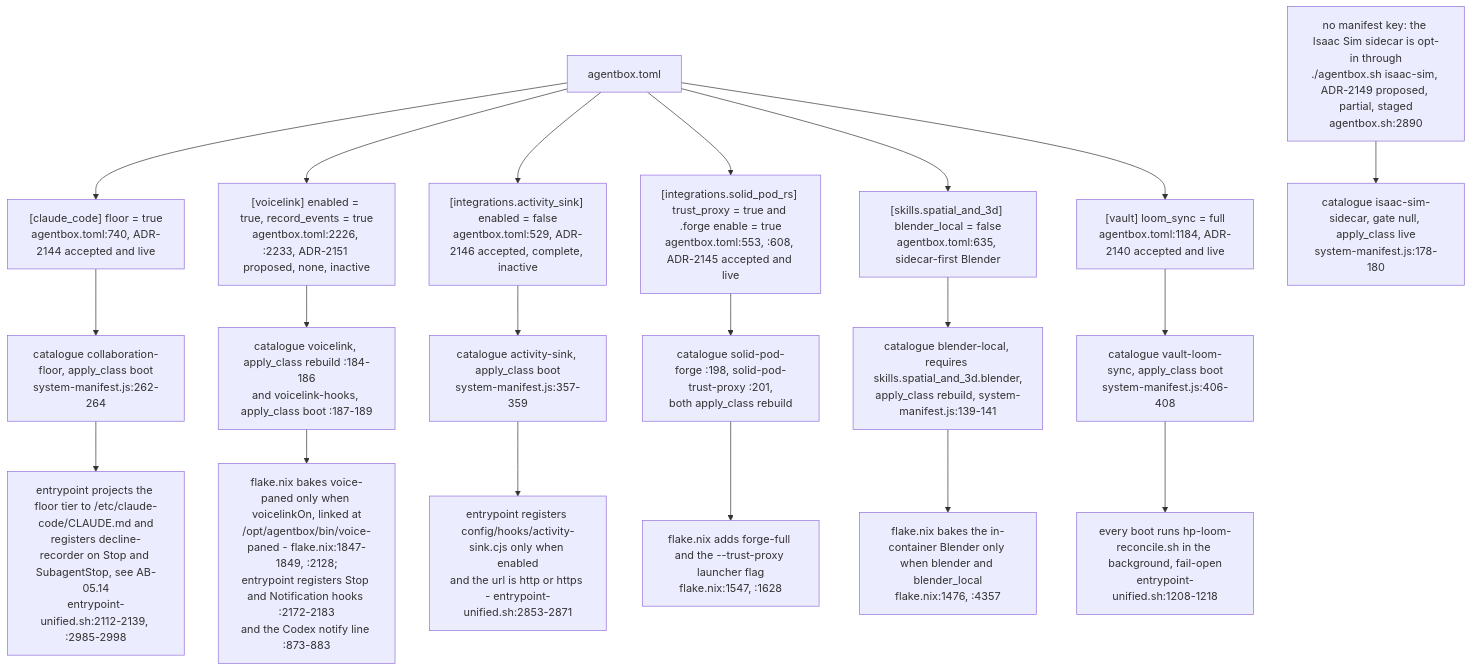
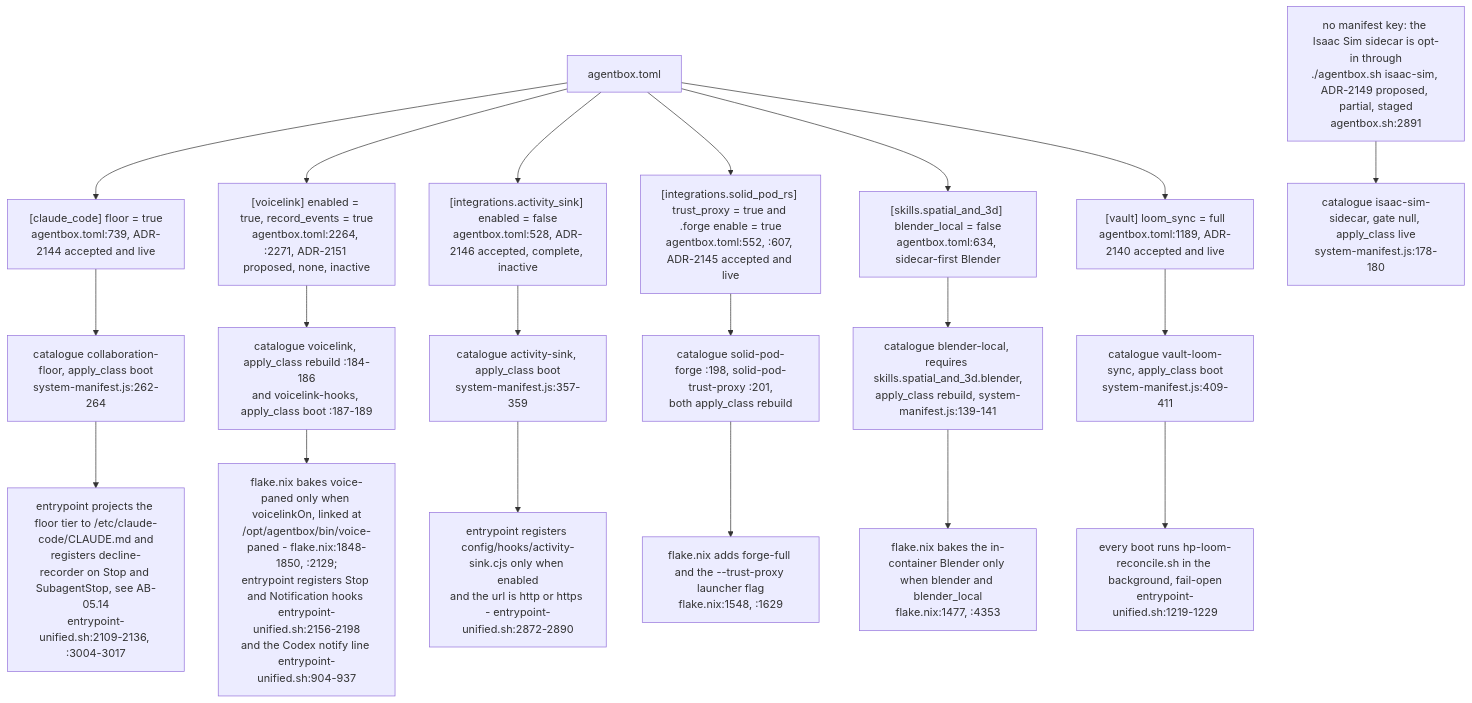
Before and after one commit to DreamLab-AI/VisionFlow: diagram 16 of 16 in docs/diagrams/agentbox/05-manifest-gates-and-cli.md, drawn with Mermaid. The commit also changed other lines of this file and 173 other files, not shown here.

First line of the commit message:
docs(audit): estate audit wave 3, agentbox and VisionClaw; ledger complete

````diff
--- a/docs/diagrams/agentbox/05-manifest-gates-and-cli.md
+++ b/docs/diagrams/agentbox/05-manifest-gates-and-cli.md
@@ -583,26 +587,26 @@
 ```mermaid
 flowchart TB
     TOML["agentbox.toml"]
-    TOML --> G1["[claude_code] floor = true<br/>agentbox.toml:740, ADR-2144 accepted and live"]
-    TOML --> G2["[voicelink] enabled = true, record_events = true<br/>agentbox.toml:2226, :2233, ADR-2151 proposed, none, inactive"]
-    TOML --> G3["[integrations.activity_sink] enabled = false<br/>agentbox.toml:529, ADR-2146 accepted, complete, inactive"]
-    TOML --> G4["[integrations.solid_pod_rs] trust_proxy = true and .forge enable = true<br/>agentbox.toml:553, :608, ADR-2145 accepted and live"]
-    TOML --> G5["[skills.spatial_and_3d] blender_local = false<br/>agentbox.toml:635, sidecar-first Blender"]
-    TOML --> G6["[vault] loom_sync = full<br/>agentbox.toml:1184, ADR-2140 accepted and live"]
-    NOKEY["no manifest key: the Isaac Sim sidecar is opt-in through<br/>./agentbox.sh isaac-sim, ADR-2149 proposed, partial, staged<br/>agentbox.sh:2890"]
+    TOML --> G1["[claude_code] floor = true<br/>agentbox.toml:739, ADR-2144 accepted and live"]
+    TOML --> G2["[voicelink] enabled = true, record_events = true<br/>agentbox.toml:2264, :2271, ADR-2151 proposed, none, inactive"]
+    TOML --> G3["[integrations.activity_sink] enabled = false<br/>agentbox.toml:528, ADR-2146 accepted, complete, inactive"]
+    TOML --> G4["[integrations.solid_pod_rs] trust_proxy = true and .forge enable = true<br/>agentbox.toml:552, :607, ADR-2145 accepted and live"]
+    TOML --> G5["[skills.spatial_and_3d] blender_local = false<br/>agentbox.toml:634, sidecar-first Blender"]
+    TOML --> G6["[vault] loom_sync = full<br/>agentbox.toml:1189, ADR-2140 accepted and live"]
+    NOKEY["no manifest key: the Isaac Sim sidecar is opt-in through<br/>./agentbox.sh isaac-sim, ADR-2149 proposed, partial, staged<br/>agentbox.sh:2891"]
 
     G1 --> C1["catalogue collaboration-floor, apply_class boot<br/>system-manifest.js:262-264"]
     G2 --> C2["catalogue voicelink, apply_class rebuild :184-186<br/>and voicelink-hooks, apply_class boot :187-189"]
     G3 --> C3["catalogue activity-sink, apply_class boot<br/>system-manifest.js:357-359"]
     G4 --> C4["catalogue solid-pod-forge :198, solid-pod-trust-proxy :201,<br/>both apply_class rebuild"]
     G5 --> C5["catalogue blender-local, requires skills.spatial_and_3d.blender,<br/>apply_class rebuild, system-manifest.js:139-141"]
-    G6 --> C6["catalogue vault-loom-sync, apply_class boot<br/>system-manifest.js:406-408"]
+    G6 --> C6["catalogue vault-loom-sync, apply_class boot<br/>system-manifest.js:409-411"]
     NOKEY --> C7["catalogue isaac-sim-sidecar, gate null, apply_class live<br/>system-manifest.js:178-180"]
 
-    C1 --> B1["entrypoint projects the floor tier to /etc/claude-code/CLAUDE.md and<br/>registers decline-recorder on Stop and SubagentStop, see AB-05.14<br/>entrypoint-unified.sh:2112-2139, :2985-2998"]
-    C2 --> B2["flake.nix bakes voice-paned only when voicelinkOn, linked at<br/>/opt/agentbox/bin/voice-paned - flake.nix:1847-1849, :2128;<br/>entrypoint registers Stop and Notification hooks :2172-2183<br/>and the Codex notify line :873-883"]
-    C3 --> B3["entrypoint registers config/hooks/activity-sink.cjs only when enabled<br/>and the url is http or https - entrypoint-unified.sh:2853-2871"]
-    C4 --> B4["flake.nix adds forge-full and the --trust-proxy launcher flag<br/>flake.nix:1547, :1628"]
-    C5 --> B5["flake.nix bakes the in-container Blender only when blender and blender_local<br/>flake.nix:1476, :4357"]
-    C6 --> B6["every boot runs hp-loom-reconcile.sh in the background, fail-open<br/>entrypoint-unified.sh:1208-1218"]
+    C1 --> B1["entrypoint projects the floor tier to /etc/claude-code/CLAUDE.md and<br/>registers decline-recorder on Stop and SubagentStop, see AB-05.14<br/>entrypoint-unified.sh:2109-2136, :3004-3017"]
+    C2 --> B2["flake.nix bakes voice-paned only when voicelinkOn, linked at<br/>/opt/agentbox/bin/voice-paned - flake.nix:1848-1850, :2129;<br/>entrypoint registers Stop and Notification hooks entrypoint-unified.sh:2156-2198<br/>and the Codex notify line entrypoint-unified.sh:904-937"]
+    C3 --> B3["entrypoint registers config/hooks/activity-sink.cjs only when enabled<br/>and the url is http or https - entrypoint-unified.sh:2872-2890"]
+    C4 --> B4["flake.nix adds forge-full and the --trust-proxy launcher flag<br/>flake.nix:1548, :1629"]
+    C5 --> B5["flake.nix bakes the in-container Blender only when blender and blender_local<br/>flake.nix:1477, :4353"]
+    C6 --> B6["every boot runs hp-loom-reconcile.sh in the background, fail-open<br/>entrypoint-unified.sh:1219-1229"]
 ```
````
